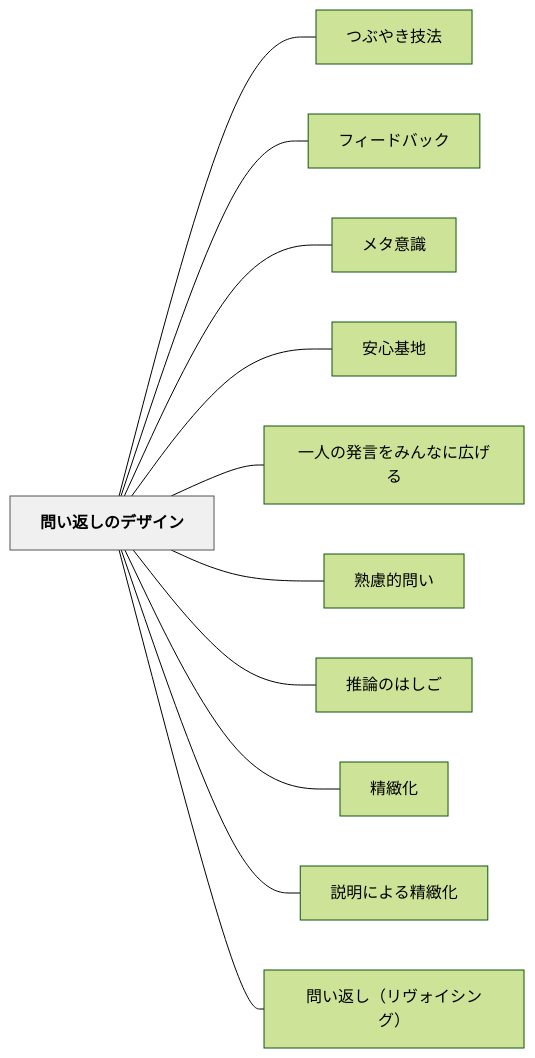
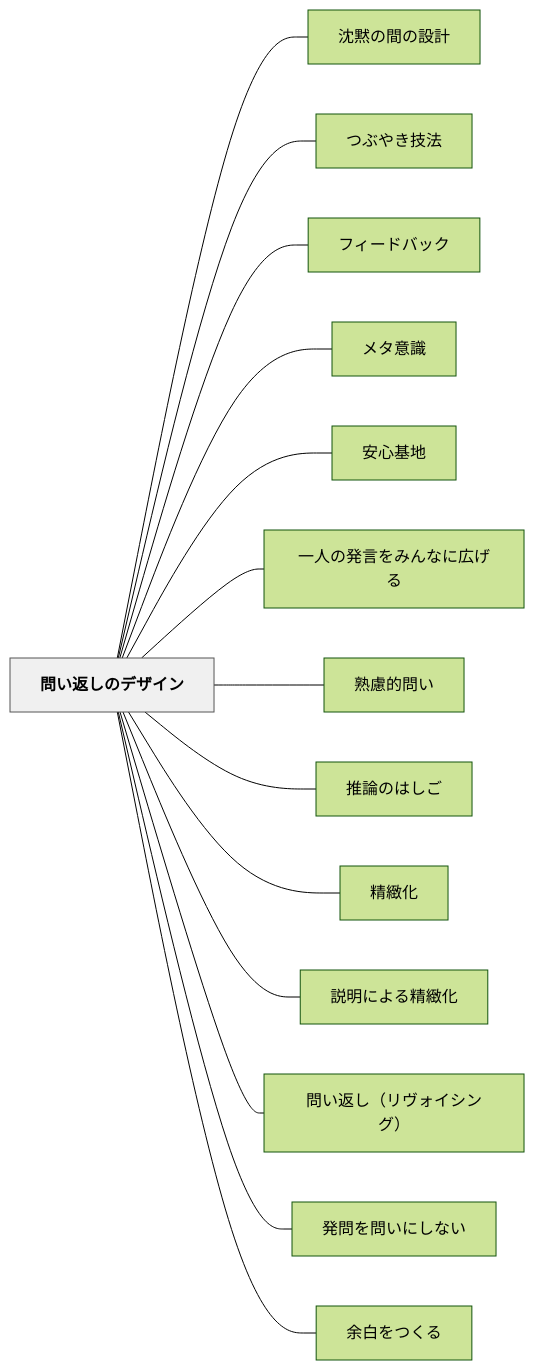
Before and after one commit to unknownthings-ed-patterns/unknownthings-ed-patterns: the diagram in content/パタン/問い返しのデザイン.md, drawn with Mermaid (forest theme). The commit also changed other lines of this file and 100 other files, not shown here.

````diff
--- a/content/パタン/問い返しのデザイン.md
+++ b/content/パタン/問い返しのデザイン.md
@@ -80,28 +77,34 @@
 ```mermaid
 flowchart LR
     ne5958fe38184e8bf94e38197e381aee38387e382b6e382a4e383b3["問い返しのデザイン"]
+    ne6b288e9bb99e381aee99693e381aee8a8ade8a888["沈黙の間の設計"]
     ne381a4e381b6e38284e3818de68a80e6b395["つぶやき技法"]
     ne38395e382a3e383bce38389e38390e38383e382af["フィードバック"]
     ne383a1e382bfe6848fe8ad98["メタ意識"]
     ne5ae89e5bf83e59fbae59cb0["安心基地"]
     ne4b880e4babae381aee799bae8a880e38292e381bfe38293e381aae381abe5ba83e38192e3828b["一人の発言をみんなに広げる"]
     ne7869fe685aee79a84e5958fe38184["熟慮的問い"]
     ne68ea8e8ab96e381aee381afe38197e38194["推論のはしご"]
     ne7b2bee7b7bbe58c96["精緻化"]
     ne8aaace6988ee381abe38288e3828be7b2bee7b7bbe58c96["説明による精緻化"]
     ne5958fe38184e8bf94e38197efbc88e383aae383b4e382a9e382a4e382b7e383b3e382b0efbc89["問い返し（リヴォイシング）"]
+    ne799bae5958fe38292e5958fe38184e381abe38197e381aae38184["発問を問いにしない"]
+    ne4bd99e799bde38292e381a4e3818fe3828b["余白をつくる"]
 
+    ne5958fe38184e8bf94e38197e381aee38387e382b6e382a4e383b3 --- ne6b288e9bb99e381aee99693e381aee8a8ade8a888
     ne5958fe38184e8bf94e38197e381aee38387e382b6e382a4e383b3 --- ne381a4e381b6e38284e3818de68a80e6b395
     ne5958fe38184e8bf94e38197e381aee38387e382b6e382a4e383b3 --- ne38395e382a3e383bce38389e38390e38383e382af
     ne5958fe38184e8bf94e38197e381aee38387e382b6e382a4e383b3 --- ne383a1e382bfe6848fe8ad98
     ne5958fe38184e8bf94e38197e381aee38387e382b6e382a4e383b3 --- ne5ae89e5bf83e59fbae59cb0
     ne5958fe38184e8bf94e38197e381aee38387e382b6e382a4e383b3 --- ne4b880e4babae381aee799bae8a880e38292e381bfe38293e381aae381abe5ba83e38192e3828b
     ne5958fe38184e8bf94e38197e381aee38387e382b6e382a4e383b3 --- ne7869fe685aee79a84e5958fe38184
     ne5958fe38184e8bf94e38197e381aee38387e382b6e382a4e383b3 --- ne68ea8e8ab96e381aee381afe38197e38194
     ne5958fe38184e8bf94e38197e381aee38387e382b6e382a4e383b3 --- ne7b2bee7b7bbe58c96
     ne5958fe38184e8bf94e38197e381aee38387e382b6e382a4e383b3 --- ne8aaace6988ee381abe38288e3828be7b2bee7b7bbe58c96
     ne5958fe38184e8bf94e38197e381aee38387e382b6e382a4e383b3 --- ne5958fe38184e8bf94e38197efbc88e383aae383b4e382a9e382a4e382b7e383b3e382b0efbc89
+    ne5958fe38184e8bf94e38197e381aee38387e382b6e382a4e383b3 --- ne799bae5958fe38292e5958fe38184e381abe38197e381aae38184
+    ne5958fe38184e8bf94e38197e381aee38387e382b6e382a4e383b3 --- ne4bd99e799bde38292e381a4e3818fe3828b
 
     classDef hub fill:#f0f0f0,stroke:#555,color:#000,font-weight:bold
     class ne5958fe38184e8bf94e38197e381aee38387e382b6e382a4e383b3 hub
 ```
````
